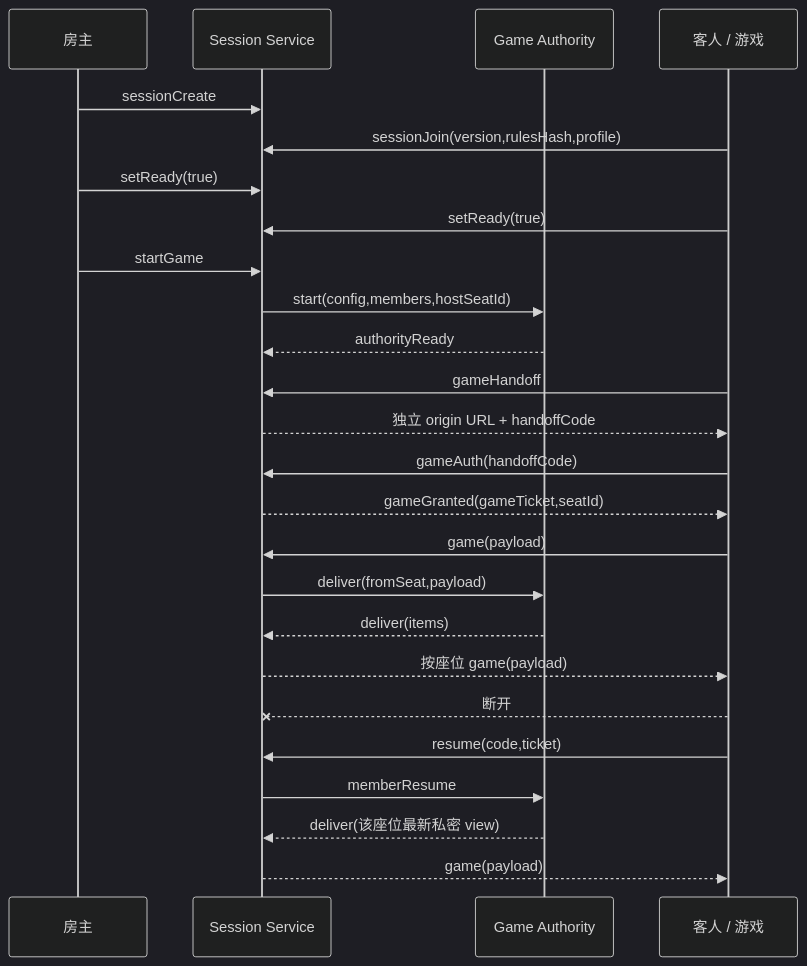
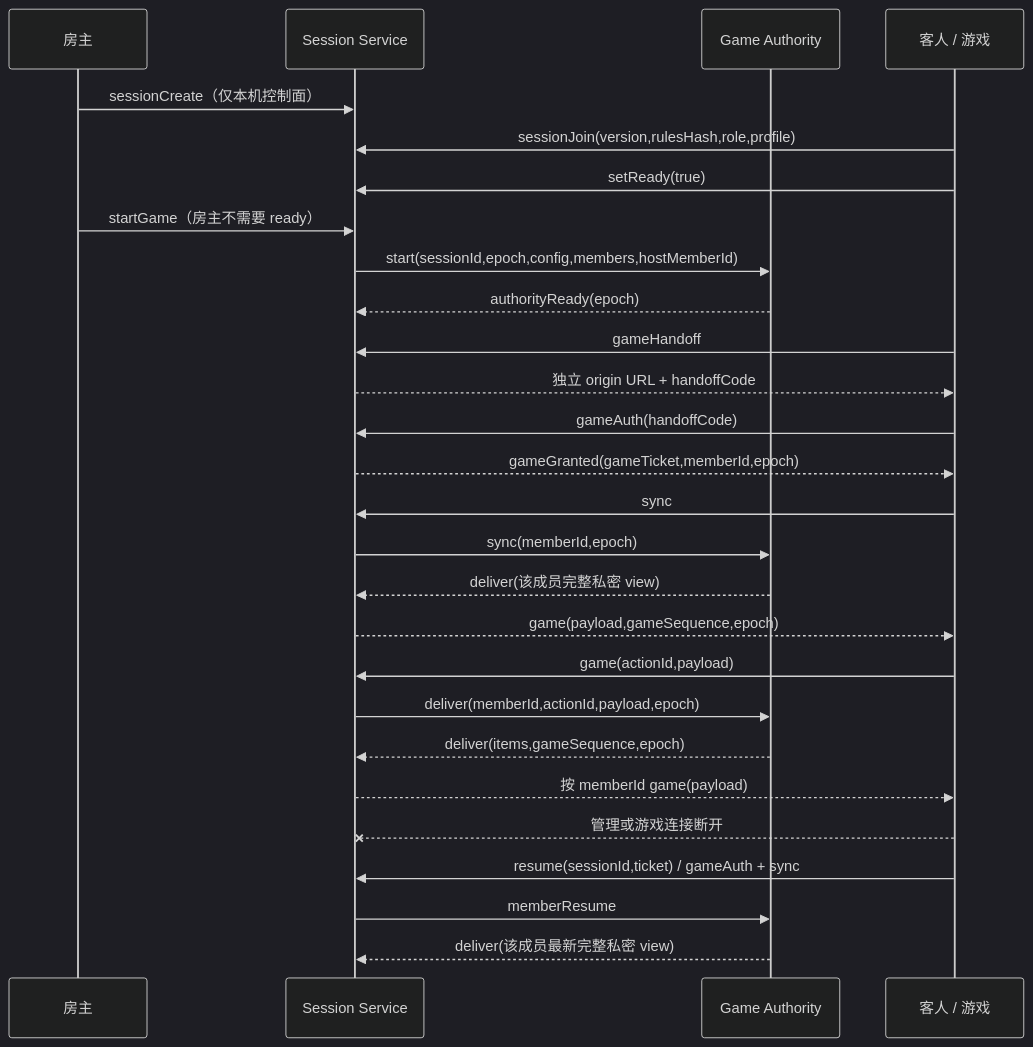
One commit to Lizardon386/3178-battle-platform changed the fourth of 6 diagrams in docs/research/语言中立协议v0设计.md. Above: the diagram before and after it, drawn with Mermaid (dark theme). The commit also changed other lines of this file and 6 other files, not shown here.

````diff
--- a/docs/research/语言中立协议v0设计.md
+++ b/docs/research/语言中立协议v0设计.md
@@ -92,27 +104,29 @@
 ```mermaid
 sequenceDiagram
   participant H as 房主
   participant P as Session Service
   participant A as Game Authority
   participant G as 客人 / 游戏
-  H->>P: sessionCreate
-  G->>P: sessionJoin(version,rulesHash,profile)
-  H->>P: setReady(true)
+  H->>P: sessionCreate（仅本机控制面）
+  G->>P: sessionJoin(version,rulesHash,role,profile)
   G->>P: setReady(true)
-  H->>P: startGame
-  P->>A: start(config,members,hostSeatId)
-  A-->>P: authorityReady
+  H->>P: startGame（房主不需要 ready）
+  P->>A: start(sessionId,epoch,config,members,hostMemberId)
+  A-->>P: authorityReady(epoch)
   G->>P: gameHandoff
   P-->>G: 独立 origin URL + handoffCode
   G->>P: gameAuth(handoffCode)
-  P-->>G: gameGranted(gameTicket,seatId)
-  G->>P: game(payload)
-  P->>A: deliver(fromSeat,payload)
-  A-->>P: deliver(items)
-  P-->>G: 按座位 game(payload)
-  G--xP: 断开
-  G->>P: resume(code,ticket)
+  P-->>G: gameGranted(gameTicket,memberId,epoch)
+  G->>P: sync
+  P->>A: sync(memberId,epoch)
+  A-->>P: deliver(该成员完整私密 view)
+  P-->>G: game(payload,gameSequence,epoch)
+  G->>P: game(actionId,payload)
+  P->>A: deliver(memberId,actionId,payload,epoch)
+  A-->>P: deliver(items,gameSequence,epoch)
+  P-->>G: 按 memberId game(payload)
+  G--xP: 管理或游戏连接断开
+  G->>P: resume(sessionId,ticket) / gameAuth + sync
   P->>A: memberResume
-  A-->>P: deliver(该座位最新私密 view)
-  P-->>G: game(payload)
+  A-->>P: deliver(该成员最新完整私密 view)
 ```
````
